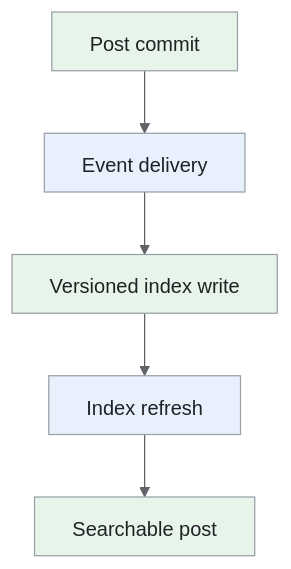
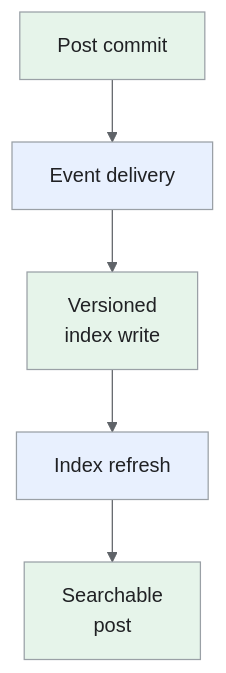
Before and after one commit to iliazlobin/iliazlobin.github.io: the fifth of 6 diagrams in _designs/system-design-twitter-x.md, drawn with Mermaid. The commit also changed other lines of this file and 116 other files, not shown here.

````diff
--- a/_designs/system-design-twitter-x.md
+++ b/_designs/system-design-twitter-x.md
@@ -303,14 +338,14 @@
 ```mermaid
-%%{init: {'theme':'base','htmlLabels':false,'flowchart':{'htmlLabels':false},'themeVariables':{'fontFamily':'Arial, sans-serif','primaryColor':'#e8f0fe','primaryTextColor':'#202124','primaryBorderColor':'#9aa0a6','lineColor':'#5f6368','secondaryColor':'#e6f4ea','tertiaryColor':'#fef7e0','actorBkg':'#e8f0fe','actorBorder':'#9aa0a6','actorTextColor':'#202124','noteBkgColor':'#fef7e0','noteTextColor':'#202124','noteBorderColor':'#9aa0a6','signalColor':'#5f6368','signalTextColor':'#202124','labelBoxBkgColor':'#fef7e0','labelBoxBorderColor':'#9aa0a6'}}}%%
+%%{init: {"theme":"base","themeVariables":{"primaryColor":"#e8f0fe","primaryBorderColor":"#9aa0a6","primaryTextColor":"#202124","secondaryColor":"#e6f4ea","tertiaryColor":"#fef7e0","lineColor":"#5f6368","actorBkg":"#e8f0fe","actorBorder":"#9aa0a6","actorTextColor":"#202124","noteBkgColor":"#fef7e0","noteBorderColor":"#9aa0a6","noteTextColor":"#202124","signalColor":"#5f6368","signalTextColor":"#202124"}}}%%
 flowchart TB
     A["Post commit"] --> B["Event delivery"]
-    B --> C["Versioned index write"]
+    B --> C["Versioned<br>index write"]
     C --> D["Index refresh"]
-    D --> E["Searchable post"]
+    D --> E["Searchable<br>post"]
     class A,C,E data;
     class B,D request;
 classDef request fill:#e8f0fe,stroke:#9aa0a6,color:#202124;
 classDef data fill:#e6f4ea,stroke:#9aa0a6,color:#202124;
 classDef control fill:#fef7e0,stroke:#9aa0a6,color:#202124;
 classDef danger fill:#fce8e6,stroke:#9aa0a6,color:#202124;
 ```
````
